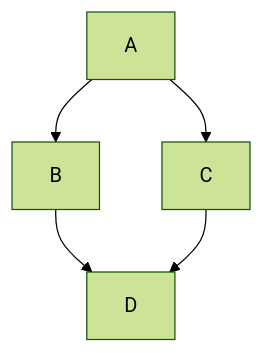
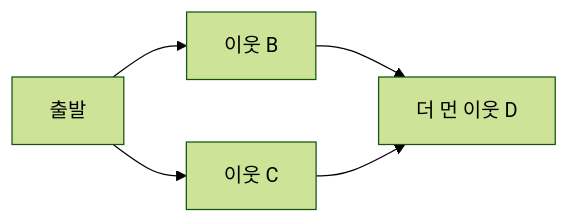
The diagram in content/topics/graph-search.md (moocongpapa/it-study), drawn with Mermaid (forest theme) before and after one commit. The commit also changed other lines of this file and 71 other files, not shown here.

````diff
--- a/content/topics/graph-search.md
+++ b/content/topics/graph-search.md
@@ -6,7 +20,7 @@
 ```mermaid
-flowchart TD
-  A["A"] --> B["B"]
-  A --> C["C"]
-  B --> D["D"]
-  C --> D
+flowchart LR
+ A["출발"] --> B["이웃 B"]
+ A --> C["이웃 C"]
+ B --> D["더 먼 이웃 D"]
+ C --> D
 ```
````
